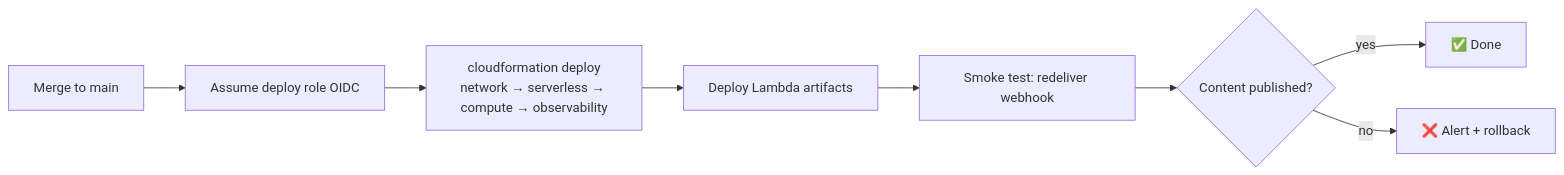
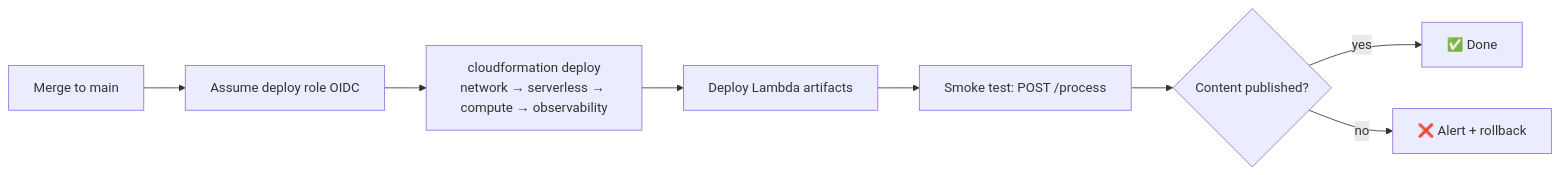
One commit to teddynted/ai-github-repository-blog-generator changed the second of 2 diagrams in docs/ci-cd.md. Above: the diagram before and after it, drawn with Mermaid. The commit also changed other lines of this file and 2 other files, not shown here.

````diff
--- a/docs/ci-cd.md
+++ b/docs/ci-cd.md
@@ -166,10 +166,10 @@
 ```mermaid
 flowchart LR
     A[Merge to main] --> B[Assume deploy role OIDC]
     B --> C[cloudformation deploy<br/>network → serverless → compute → observability]
     C --> D[Deploy Lambda artifacts]
-    D --> E[Smoke test: redeliver webhook]
+    D --> E[Smoke test: POST /process]
     E --> F{Content published?}
     F -- yes --> G[✅ Done]
     F -- no --> H[❌ Alert + rollback]
 ```
````
